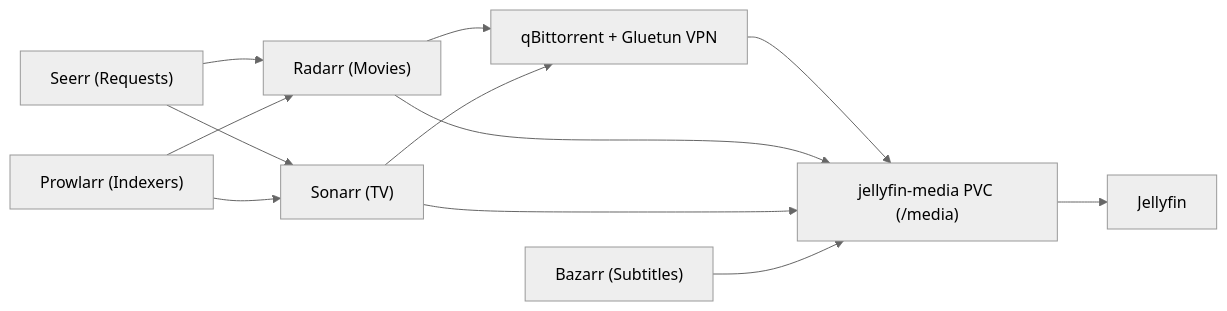
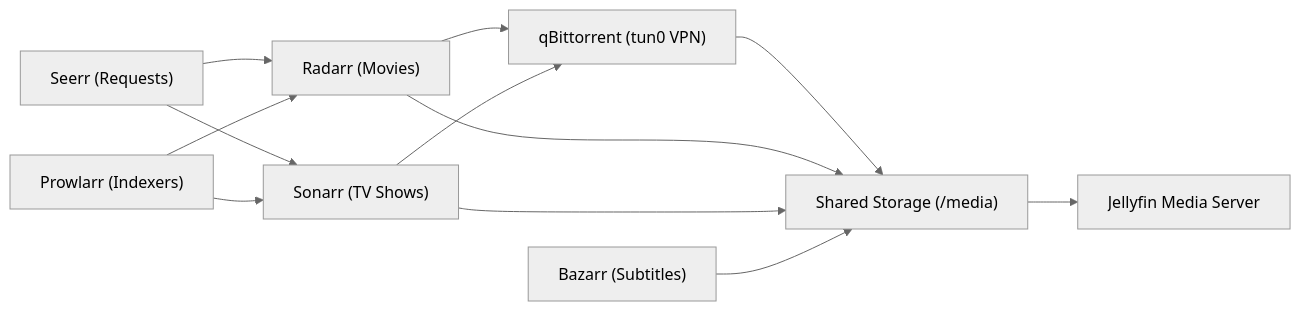
The diagram in docs/src/content/docs/how-to/media-automation.md (nsudhanva/homelab), drawn with Mermaid (neutral theme) before and after one commit. The commit also changed other lines of this file and 4 other files, not shown here.

````diff
--- a/docs/src/content/docs/how-to/media-automation.md
+++ b/docs/src/content/docs/how-to/media-automation.md
@@ -18,14 +20,14 @@
 ```mermaid
 flowchart LR
   Seerr["Seerr (Requests)"] --> Radarr["Radarr (Movies)"]
-  Seerr --> Sonarr["Sonarr (TV)"]
+  Seerr --> Sonarr["Sonarr (TV Shows)"]
   Prowlarr["Prowlarr (Indexers)"] --> Radarr
   Prowlarr --> Sonarr
-  Radarr --> Qbit["qBittorrent + Gluetun VPN"]
+  Radarr --> Qbit["qBittorrent (tun0 VPN)"]
   Sonarr --> Qbit
-  Qbit --> PVC["jellyfin-media PVC (/media)"]
+  Qbit --> PVC["Shared Storage (/media)"]
   Radarr --> PVC
   Sonarr --> PVC
   Bazarr["Bazarr (Subtitles)"] --> PVC
-  PVC --> Jellyfin["Jellyfin"]
+  PVC --> Jellyfin["Jellyfin Media Server"]
 ```
````
